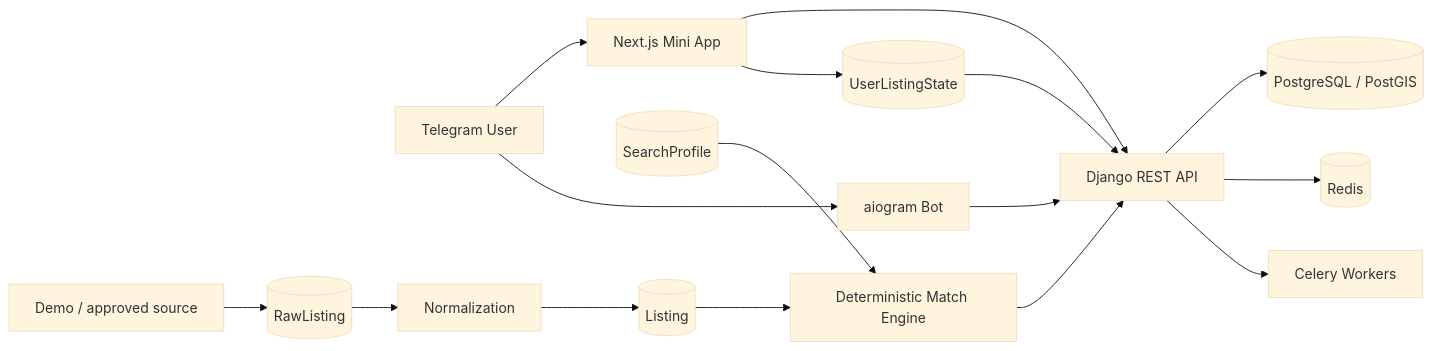
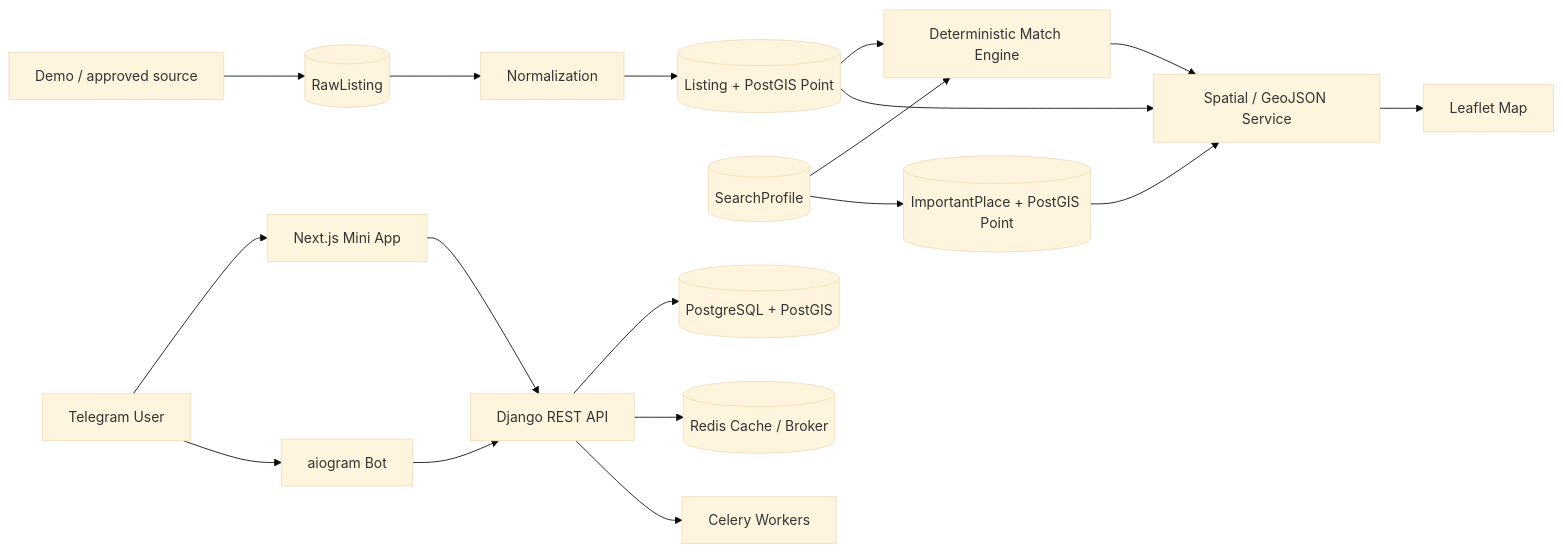
One commit to Ke1fosao/FlatHunter-AI changed the diagram in README.md. Above: the diagram before and after it, drawn with Mermaid (base theme). The commit also changed other lines of this file, not shown here.

Commit message:
docs: document complete Stage 6 map

````diff
--- a/README.md
+++ b/README.md
@@ -30,18 +32,20 @@
 ```mermaid
 flowchart LR
     TG[Telegram User] --> MINI[Next.js Mini App]
     TG --> BOT[aiogram Bot]
     MINI --> API[Django REST API]
     BOT --> API
-    PROFILE[(SearchProfile)] --> MATCH[Deterministic Match Engine]
     SOURCE[Demo / approved source] --> RAW[(RawListing)]
     RAW --> NORMALIZE[Normalization]
-    NORMALIZE --> LISTING[(Listing)]
+    NORMALIZE --> LISTING[(Listing + PostGIS Point)]
+    PROFILE[(SearchProfile)] --> MATCH[Deterministic Match Engine]
     LISTING --> MATCH
-    MATCH --> API
-    MINI --> STATE[(UserListingState)]
-    STATE --> API
-    API --> DB[(PostgreSQL / PostGIS)]
-    API --> REDIS[(Redis)]
+    PROFILE --> PLACE[(ImportantPlace + PostGIS Point)]
+    LISTING --> GEO[Spatial / GeoJSON Service]
+    PLACE --> GEO
+    MATCH --> GEO
+    GEO --> MAP[Leaflet Map]
+    API --> DB[(PostgreSQL + PostGIS)]
+    API --> REDIS[(Redis Cache / Broker)]
     API --> CELERY[Celery Workers]
 ```
````
